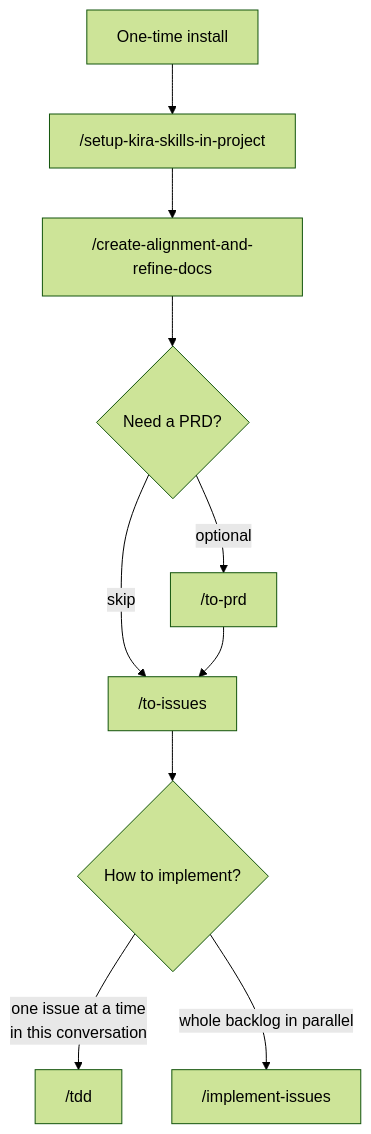
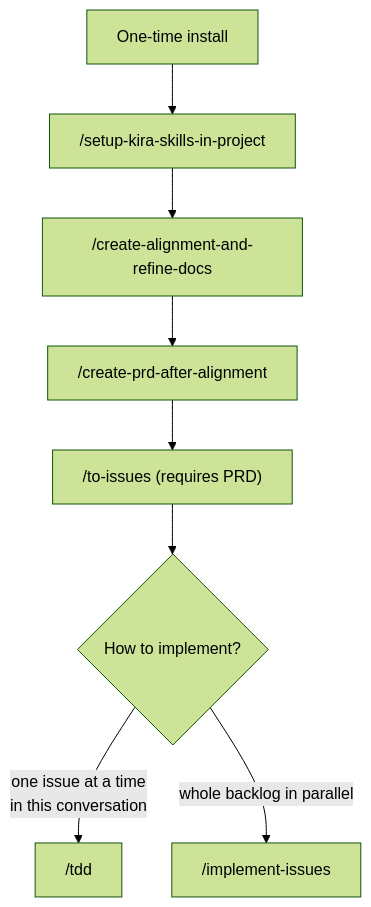
One commit to yzlaboratory/skills changed the diagram in README.md. Above: the diagram before and after it, drawn with Mermaid (forest theme). The commit also changed other lines of this file and 4 other files, not shown here.

First line of the commit message:
rename /to-prd to /create-prd-after-alignment

````diff
--- a/README.md
+++ b/README.md
@@ -66,12 +66,10 @@
 ```mermaid
 flowchart TD
     A["One-time install"] --> B["/setup-kira-skills-in-project"]
     B --> C["/create-alignment-and-refine-docs"]
-    C --> D{"Need a PRD?"}
-    D -->|optional| E["/to-prd"]
-    D -->|skip| F
-    E --> F["/to-issues"]
+    C --> E["/create-prd-after-alignment"]
+    E --> F["/to-issues (requires PRD)"]
     F --> G{"How to implement?"}
     G -->|one issue at a time<br/>in this conversation| H["/tdd"]
     G -->|whole backlog in parallel| I["/implement-issues"]
 ```
````
